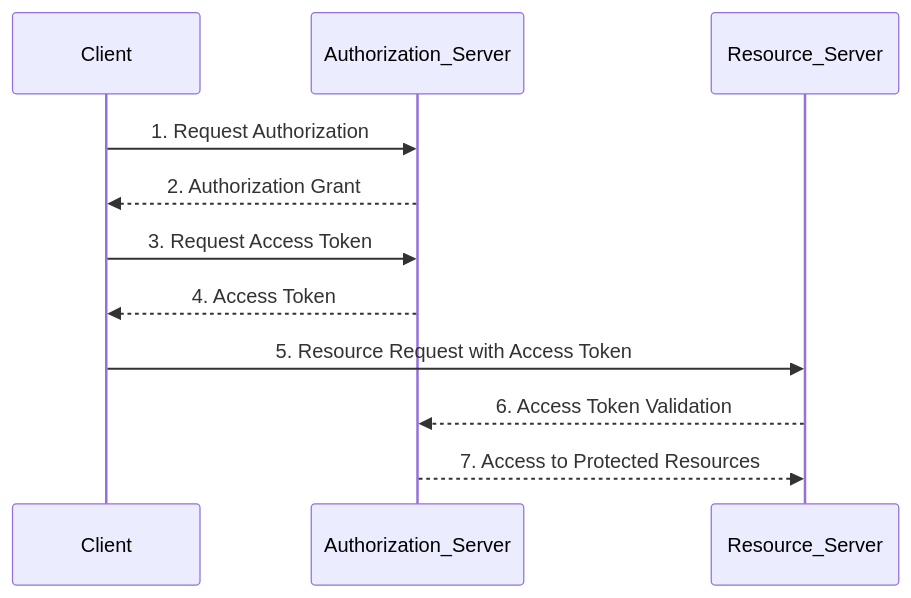
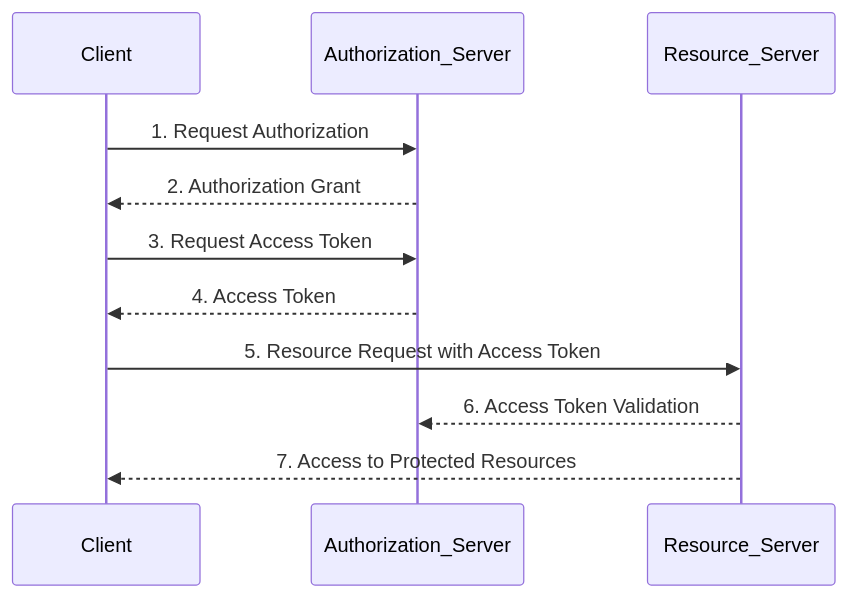
Before and after one commit to PatRogala/workout-app-vistula: the first of 2 diagrams in README.md, drawn with Mermaid. The commit also changed other lines of this file, not shown here.

````diff
--- a/README.md
+++ b/README.md
@@ -29,10 +35,10 @@
 ```mermaid
 sequenceDiagram
     Client->>Authorization_Server: 1. Request Authorization
     Authorization_Server-->>Client: 2. Authorization Grant
     Client->>Authorization_Server: 3. Request Access Token
     Authorization_Server-->>Client: 4. Access Token
     Client->>Resource_Server: 5. Resource Request with Access Token
     Resource_Server-->>Authorization_Server: 6. Access Token Validation
-    Authorization_Server-->>Resource_Server: 7. Access to Protected Resources
+    Resource_Server-->>Client: 7. Access to Protected Resources
 ```
````
